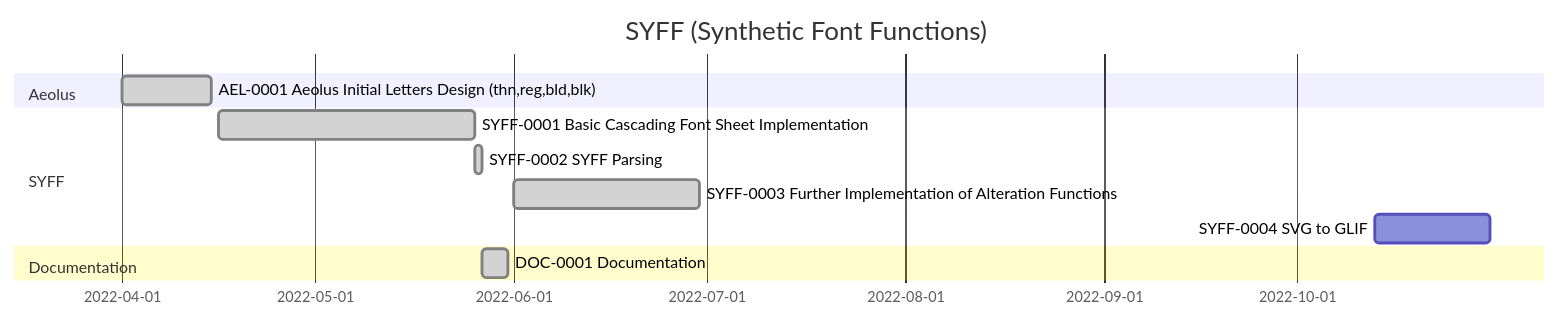
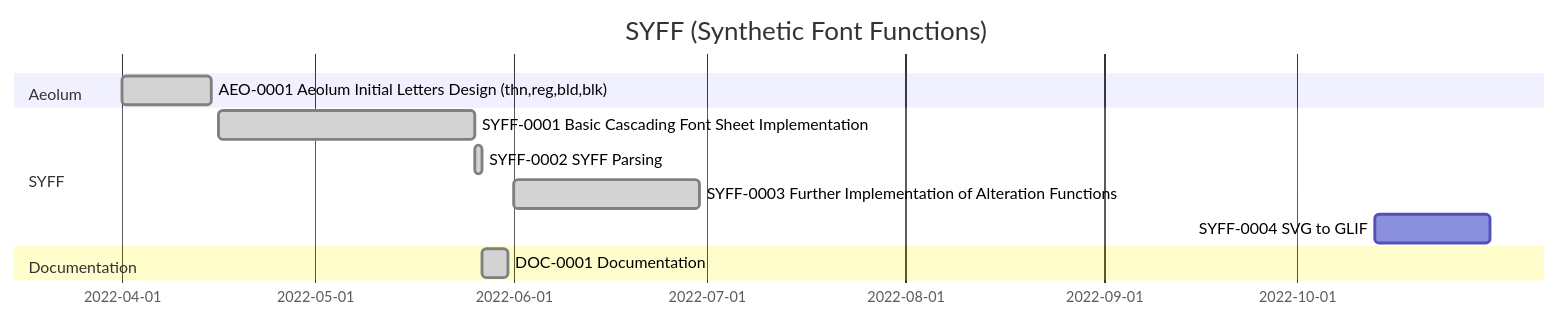
Before and after one commit to VivaRado/SYFF: the diagram in README.md, drawn with Mermaid. The commit also changed other lines of this file and 9 other files, not shown here.

````diff
--- a/README.md
+++ b/README.md
@@ -983,16 +983,16 @@
 ```mermaid
 gantt
     title SYFF (Synthetic Font Functions)
     dateFormat  YYYY-MM-DD
-    section Aeolus
-    AEL-0001 Aeolus Initial Letters Design (thn,reg,bld,blk):           done, des1,  2022-04-01, 2022-04-15
+    section Aeolum
+    AEO-0001 Aeolum Initial Letters Design (thn,reg,bld,blk):           done, des1,  2022-04-01, 2022-04-15
     section SYFF
     SYFF-0001 Basic Cascading Font Sheet Implementation:                done, des2,  2022-04-16, 2022-05-26
     SYFF-0002 SYFF Parsing:                                             done, des3,  2022-05-26, 2022-05-27
     SYFF-0003 Further Implementation of Alteration Functions:           done, des5,  2022-06-01, 2022-06-30
     SYFF-0004 SVG to GLIF:                                                    des6,  2022-10-13, 2022-10-31
     section Documentation
     DOC-0001 Documentation:                                             done, des4,  2022-05-27, 2022-05-31
 
 
 ```
````
